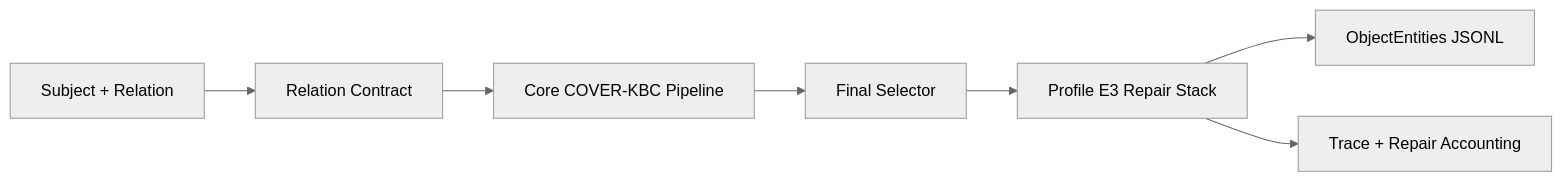
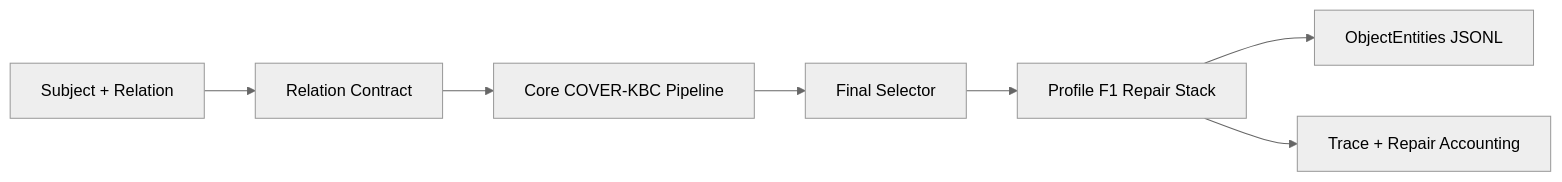
Before and after one commit to vquclinh/FactElicit-AKBC: the diagram in README.md, drawn with Mermaid (neutral theme). The commit also changed other lines of this file and 13 other files, not shown here.

````diff
--- a/README.md
+++ b/README.md
@@ -41,9 +42,9 @@
 ```mermaid
 flowchart LR
     A[Subject + Relation] --> B[Relation Contract]
     B --> C[Core COVER-KBC Pipeline]
     C --> D[Final Selector]
-    D --> E[Profile E3 Repair Stack]
+    D --> E[Profile F1 Repair Stack]
     E --> F[ObjectEntities JSONL]
     E --> G[Trace + Repair Accounting]
 ```
````
